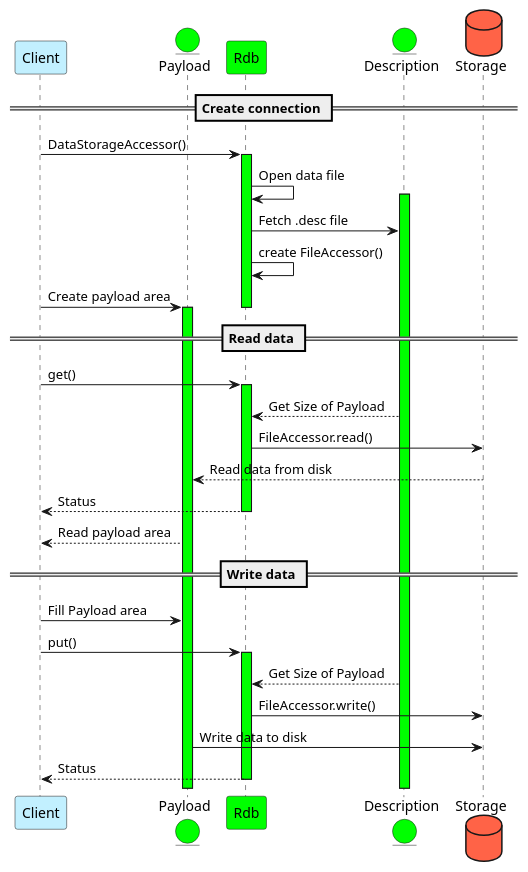
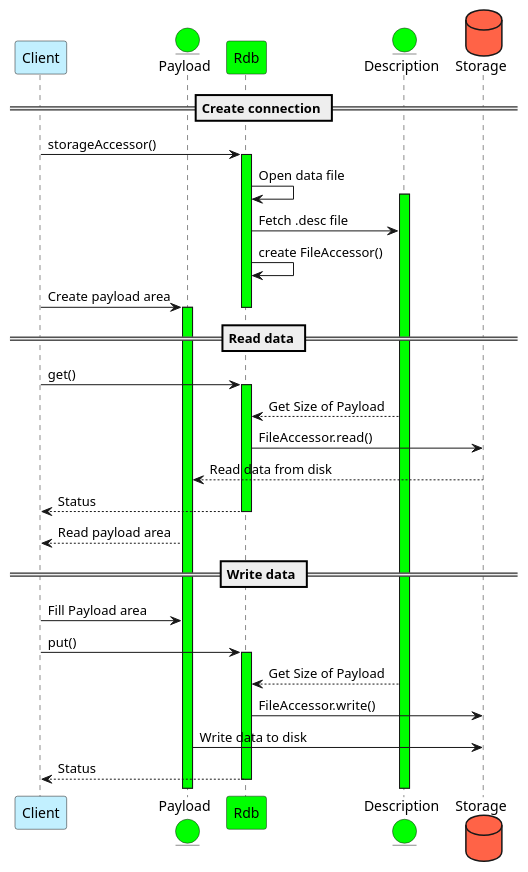
Before and after one commit to michalwidera/retractordb: the diagram in src/rdb/UML/rdb-comunication.puml, drawn with PlantUML. The commit also changed 10 other files, not shown here.

```diff
--- a/src/rdb/UML/rdb-comunication.puml
+++ b/src/rdb/UML/rdb-comunication.puml
@@ -1,44 +1,44 @@
 @startuml
 
 participant  Client #Application
 Entity       Payload #Lime
 participant  Rdb #Lime
 Entity       Description #Lime
 database     Storage #Tomato
 
 == Create connection ==
 
-Client -> Rdb : DataStorageAccessor() 
+Client -> Rdb : storageAccessor() 
 Activate Rdb #Lime
 Rdb -> Rdb: Open data file
 Activate Description #Lime
 Rdb -> Description : Fetch .desc file
 Rdb -> Rdb : create FileAccessor()
 Client -> Payload: Create payload area
 deactivate Rdb
 Activate Payload #Lime
 
 == Read data ==
 
 Client -> Rdb : get()
 Activate Rdb #Lime
 Description --> Rdb : Get Size of Payload
 Rdb -> Storage : FileAccessor.read()
 Storage --> Payload : Read data from disk
 Rdb --> Client : Status
 deactivate Rdb
 Payload --> Client : Read payload area
 
 
 == Write data ==
 
 Client -> Payload: Fill Payload area
 Client -> Rdb: put()
 Activate Rdb #Lime
 Description --> Rdb : Get Size of Payload
 Rdb -> Storage : FileAccessor.write()
 Payload -> Storage: Write data to disk
 Rdb --> Client : Status
 deactivate Rdb
 
 @enduml
```
